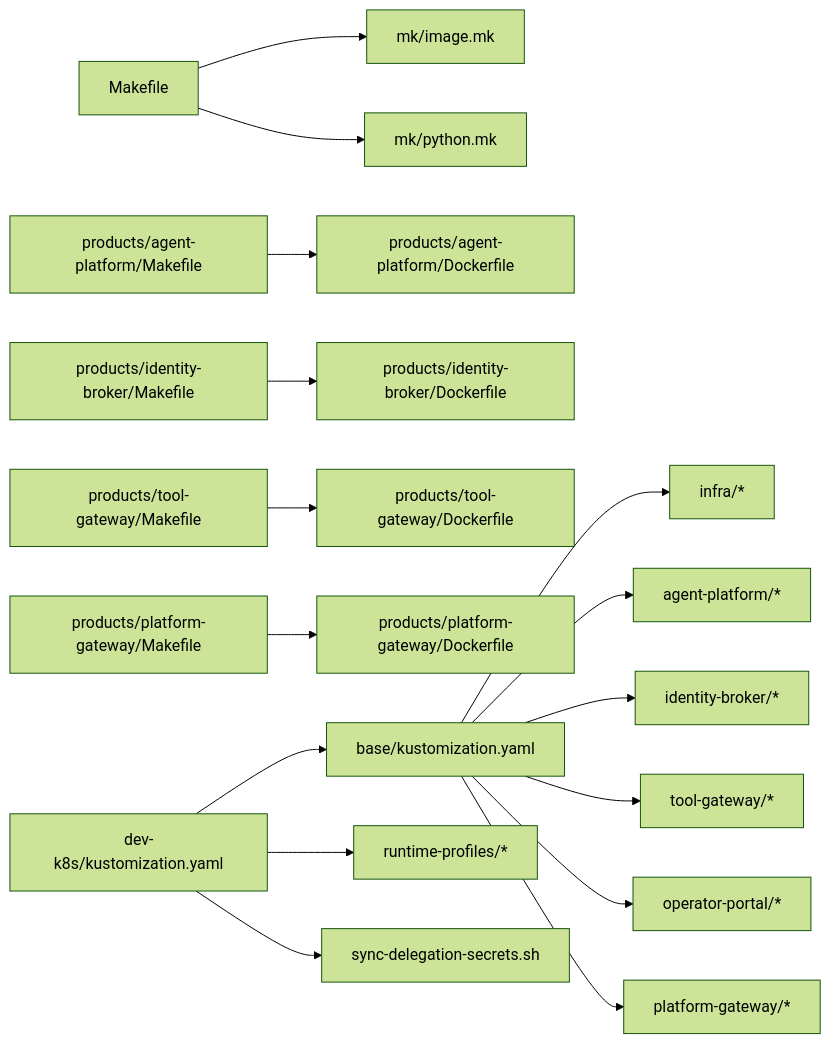
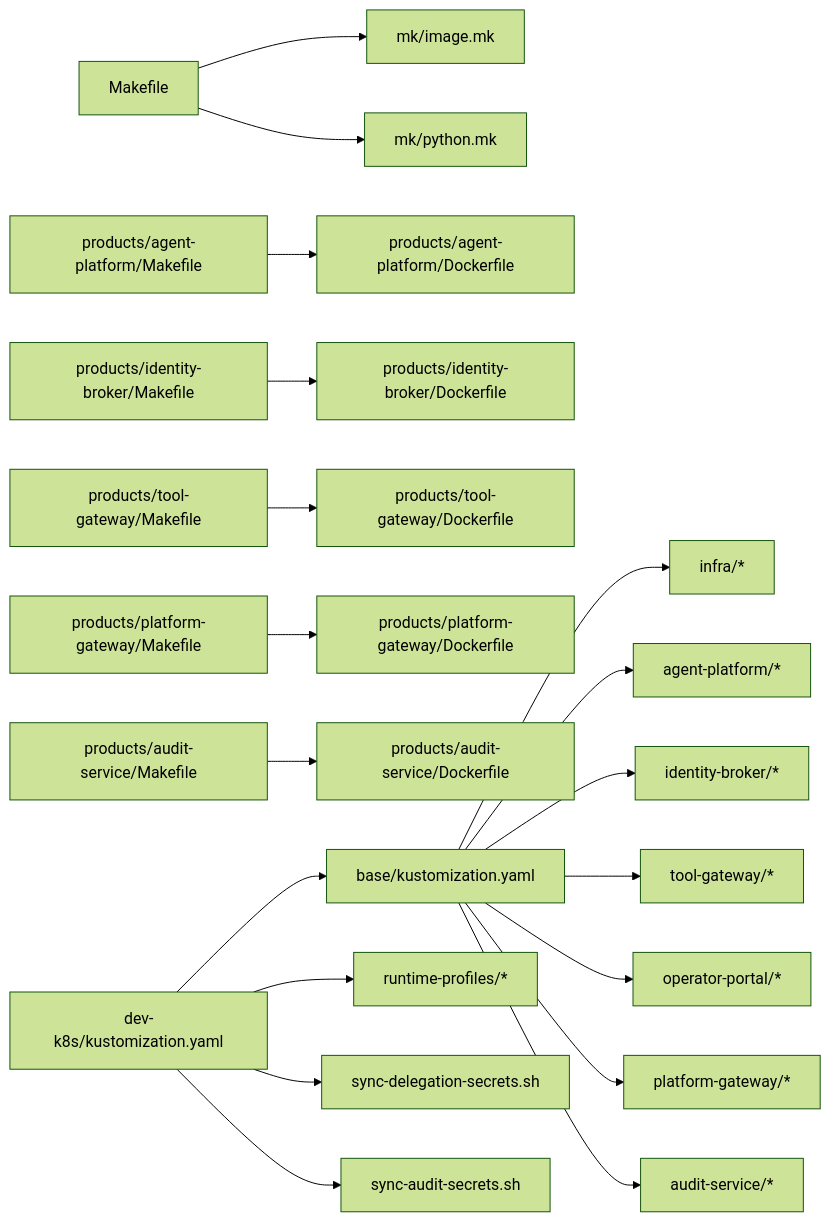
The ninth of 9 diagrams in .qoder/repowiki/en/content/Deployment and Operations/Deployment and Operations.md (metasync/luban-aiops), drawn with Mermaid (forest theme) before and after one commit. The commit also changed other lines of this file and 48 other files, not shown here.

First line of the commit message:
docs: refresh repowiki knowledge cache for audit-service product

````diff
--- a/.qoder/repowiki/en/content/Deployment and Operations/Deployment and Operations.md
+++ b/.qoder/repowiki/en/content/Deployment and Operations/Deployment and Operations.md
@@ -454,18 +550,21 @@
 ```mermaid
 graph LR
 MakefileRoot["Makefile"] --> MkImage["mk/image.mk"]
 MakefileRoot --> MkPython["mk/python.mk"]
 APMake["products/agent-platform/Makefile"] --> APDocker["products/agent-platform/Dockerfile"]
 IBMake["products/identity-broker/Makefile"] --> IBDocker["products/identity-broker/Dockerfile"]
 TGMake["products/tool-gateway/Makefile"] --> TGDocker["products/tool-gateway/Dockerfile"]
 PGMake["products/platform-gateway/Makefile"] --> PGDocker["products/platform-gateway/Dockerfile"]
+ASMake["products/audit-service/Makefile"] --> ASDocker["products/audit-service/Dockerfile"]
 BaseKust["base/kustomization.yaml"] --> Infra["infra/*"]
 BaseKust --> APRes["agent-platform/*"]
 BaseKust --> IBRes["identity-broker/*"]
 BaseKust --> TGRes["tool-gateway/*"]
 BaseKust --> OPRes["operator-portal/*"]
 BaseKust --> PGRes["platform-gateway/*"]
+BaseKust --> ASRes["audit-service/*"]
 OverlayKust["dev-k8s/kustomization.yaml"] --> BaseKust
 OverlayKust --> Profiles["runtime-profiles/*"]
 OverlayKust --> Delegation["sync-delegation-secrets.sh"]
+OverlayKust --> AuditSecrets["sync-audit-secrets.sh"]
 ```
````
